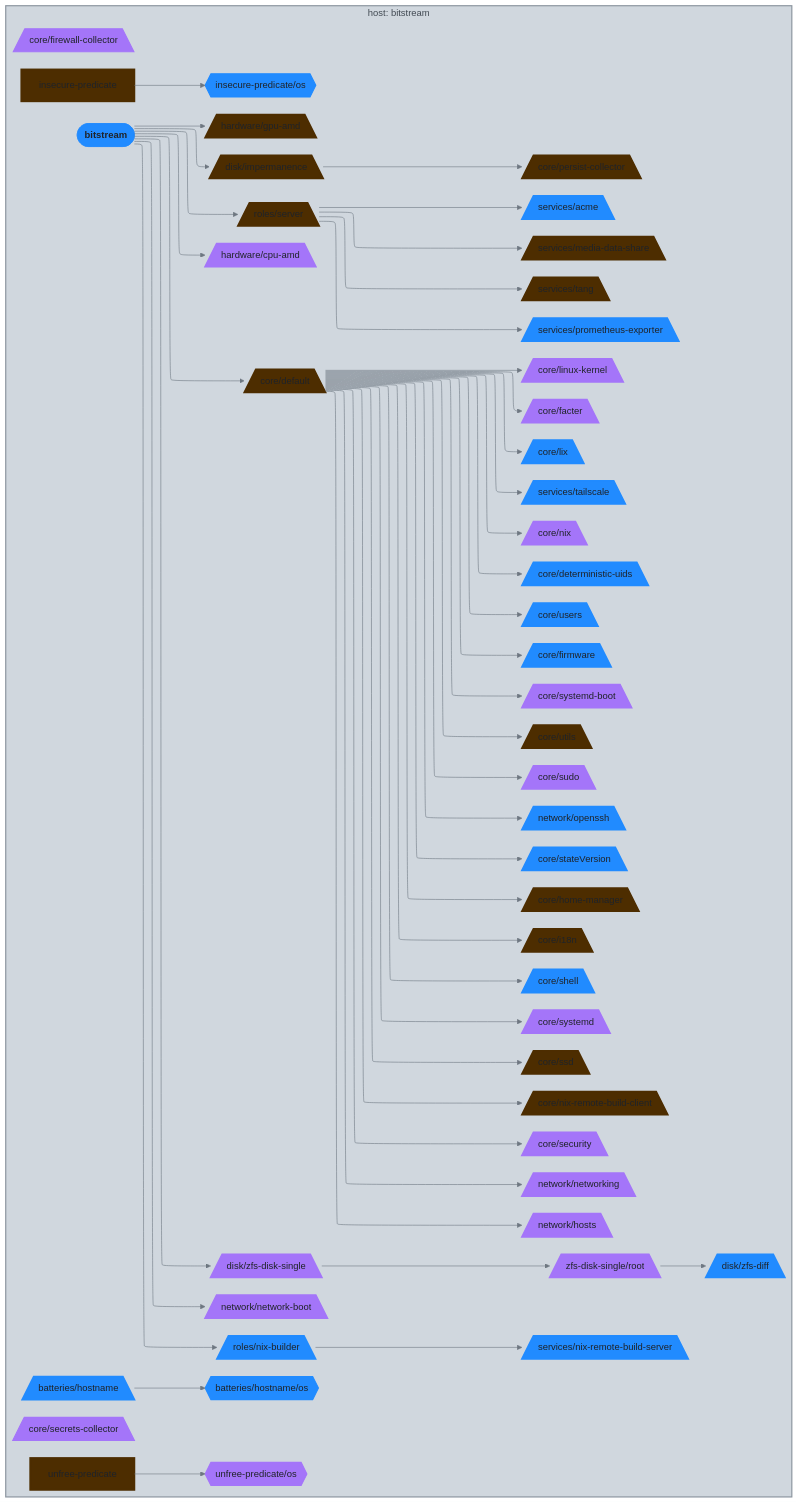
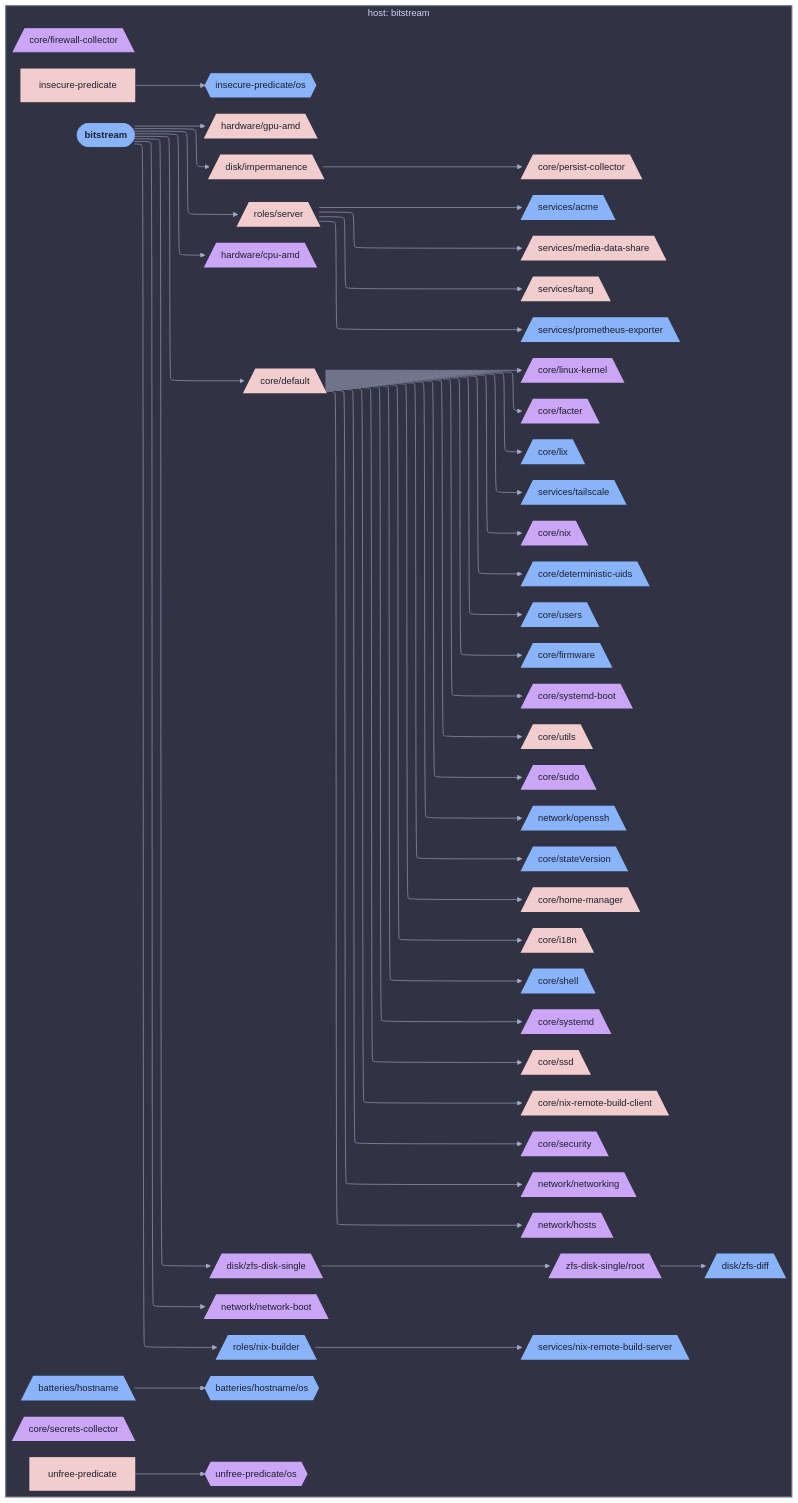
The diagram in diagrams/hosts/bitstream/class-nixos.md (sini/nix-config), drawn with Mermaid before and after one commit. The commit also changed 142 other files, not shown here.

First line of the commit message:
feat(diagrams): use projectScope for per-host/user views

````diff
--- a/diagrams/hosts/bitstream/class-nixos.md
+++ b/diagrams/hosts/bitstream/class-nixos.md
@@ -5,5 +5,5 @@
 ```mermaid
-%%{init: {"elk":{"mergeEdges":true,"nodePlacementStrategy":"BRANDES_KOEPF"},"flowchart":{"wrappingWidth":600},"layout":"elk","theme":"base","themeVariables":{"activationBkgColor":"#d0d7de","activationBorderColor":"#8c959f","actorBkg":"#d0d7de","actorBorder":"#6e7781","actorLineColor":"#6e7781","actorTextColor":"#424a53","background":"#eaeef2","classText":"#424a53","clusterBkg":"#d0d7de","clusterBorder":"#8c959f","edgeLabelBackground":"#eaeef2","labelBoxBkgColor":"#d0d7de","labelBoxBorderColor":"#6e7781","labelTextColor":"#424a53","lineColor":"#6e7781","loopTextColor":"#424a53","mainBkg":"#d0d7de","nodeBkg":"#d0d7de","nodeBorder":"#6e7781","nodeTextColor":"#424a53","noteBkgColor":"#d0d7de","noteBorderColor":"#8c959f","noteTextColor":"#424a53","pie1":"#fa4549","pie2":"#e16f24","pie3":"#bf8700","pie4":"#2da44e","pie5":"#339D9B","pie6":"#218bff","pie7":"#a475f9","pie8":"#4d2d00","pieLegendTextColor":"#424a53","pieOuterStrokeColor":"#8c959f","pieSectionTextColor":"#424a53","pieStrokeColor":"#8c959f","pieTitleTextColor":"#424a53","primaryBorderColor":"#6e7781","primaryColor":"#d0d7de","primaryTextColor":"#424a53","secondBkg":"#d0d7de","secondaryBorderColor":"#8c959f","secondaryColor":"#d0d7de","secondaryTextColor":"#424a53","sequenceNumberColor":"#eaeef2","signalColor":"#6e7781","signalTextColor":"#424a53","tertiaryBorderColor":"#8c959f","tertiaryColor":"#d0d7de","tertiaryTextColor":"#424a53","textColor":"#424a53","titleColor":"#424a53"}}}%%
+%%{init: {"elk":{"mergeEdges":true,"nodePlacementStrategy":"BRANDES_KOEPF"},"flowchart":{"wrappingWidth":600},"layout":"elk","theme":"base","themeVariables":{"activationBkgColor":"#313244","activationBorderColor":"#6c7086","actorBkg":"#313244","actorBorder":"#a6adc8","actorLineColor":"#a6adc8","actorTextColor":"#cdd6f4","background":"#1e1e2e","classText":"#cdd6f4","clusterBkg":"#313244","clusterBorder":"#6c7086","edgeLabelBackground":"#1e1e2e","labelBoxBkgColor":"#313244","labelBoxBorderColor":"#a6adc8","labelTextColor":"#cdd6f4","lineColor":"#a6adc8","loopTextColor":"#cdd6f4","mainBkg":"#313244","nodeBkg":"#313244","nodeBorder":"#a6adc8","nodeTextColor":"#cdd6f4","noteBkgColor":"#313244","noteBorderColor":"#6c7086","noteTextColor":"#cdd6f4","pie1":"#f38ba8","pie2":"#fab387","pie3":"#f9e2af","pie4":"#a6e3a1","pie5":"#94e2d5","pie6":"#89b4fa","pie7":"#cba6f7","pie8":"#f2cdcd","pieLegendTextColor":"#cdd6f4","pieOuterStrokeColor":"#6c7086","pieSectionTextColor":"#cdd6f4","pieStrokeColor":"#6c7086","pieTitleTextColor":"#cdd6f4","primaryBorderColor":"#a6adc8","primaryColor":"#313244","primaryTextColor":"#cdd6f4","secondBkg":"#313244","secondaryBorderColor":"#6c7086","secondaryColor":"#313244","secondaryTextColor":"#cdd6f4","sequenceNumberColor":"#1e1e2e","signalColor":"#a6adc8","signalTextColor":"#cdd6f4","tertiaryBorderColor":"#6c7086","tertiaryColor":"#313244","tertiaryTextColor":"#cdd6f4","textColor":"#cdd6f4","titleColor":"#cdd6f4"}}}%%
 graph LR
   bitstream([bitstream]):::root
 
@@ -98,59 +98,59 @@
   end
 
 
-  classDef root fill:#218bff,stroke:#218bff,color:#1f2328,font-weight:bold
-  classDef services__acme_c fill:#218bff,stroke:#218bff,color:#1f2328,stroke-width:3px
-  classDef bitstream_c fill:#a475f9,stroke:#a475f9,color:#1f2328,stroke-width:3px
-  classDef core_c fill:#bf8700,stroke:#bf8700,color:#1f2328,stroke-dasharray: 3 3,stroke-width:1px
-  classDef hardware__cpu_amd_c fill:#a475f9,stroke:#a475f9,color:#1f2328,stroke-width:3px
-  classDef core__default_c fill:#4d2d00,stroke:#4d2d00,color:#1f2328,stroke-width:3px
-  classDef core__deterministic_uids_c fill:#218bff,stroke:#218bff,color:#1f2328,stroke-width:3px
-  classDef disk_c fill:#2da44e,stroke:#2da44e,color:#1f2328,stroke-dasharray: 3 3,stroke-width:1px
-  classDef core__facter_c fill:#a475f9,stroke:#a475f9,color:#1f2328,stroke-width:3px
-  classDef core__firewall_collector_c fill:#a475f9,stroke:#a475f9,color:#1f2328,stroke-width:2px
-  classDef core__firmware_c fill:#218bff,stroke:#218bff,color:#1f2328,stroke-width:3px
-  classDef hardware__gpu_amd_c fill:#4d2d00,stroke:#4d2d00,color:#1f2328,stroke-width:3px
-  classDef hardware_c fill:#2da44e,stroke:#2da44e,color:#1f2328,stroke-dasharray: 3 3,stroke-width:1px
-  classDef core__home_manager_c fill:#4d2d00,stroke:#4d2d00,color:#1f2328,stroke-width:3px
-  classDef den__batteries__hostname_c fill:#218bff,stroke:#218bff,color:#1f2328,stroke-width:3px
-  classDef den__batteries__hostname__os_c fill:#218bff,stroke:#218bff,color:#1f2328,stroke-width:2px
-  classDef network__hosts_c fill:#a475f9,stroke:#a475f9,color:#1f2328,stroke-width:3px
-  classDef core__i18n_c fill:#4d2d00,stroke:#4d2d00,color:#1f2328,stroke-width:3px
-  classDef disk__impermanence_c fill:#4d2d00,stroke:#4d2d00,color:#1f2328,stroke-width:3px
-  classDef insecure_predicate_c fill:#4d2d00,stroke:#4d2d00,color:#1f2328,stroke-width:3px
-  classDef insecure_predicate__os_c fill:#218bff,stroke:#218bff,color:#1f2328,stroke-width:2px
-  classDef core__linux_kernel_c fill:#a475f9,stroke:#a475f9,color:#1f2328,stroke-width:3px
-  classDef core__lix_c fill:#218bff,stroke:#218bff,color:#1f2328,stroke-width:3px
-  classDef services__media_data_share_c fill:#4d2d00,stroke:#4d2d00,color:#1f2328,stroke-width:3px
-  classDef network_c fill:#e16f24,stroke:#e16f24,color:#1f2328,stroke-dasharray: 3 3,stroke-width:1px
-  classDef network__network_boot_c fill:#a475f9,stroke:#a475f9,color:#1f2328,stroke-width:3px
-  classDef network__networking_c fill:#a475f9,stroke:#a475f9,color:#1f2328,stroke-width:3px
-  classDef core__nix_c fill:#a475f9,stroke:#a475f9,color:#1f2328,stroke-width:3px
-  classDef roles__nix_builder_c fill:#218bff,stroke:#218bff,color:#1f2328,stroke-width:3px
-  classDef core__nix_remote_build_client_c fill:#4d2d00,stroke:#4d2d00,color:#1f2328,stroke-width:3px
-  classDef services__nix_remote_build_server_c fill:#218bff,stroke:#218bff,color:#1f2328,stroke-width:3px
-  classDef network__openssh_c fill:#218bff,stroke:#218bff,color:#1f2328,stroke-width:3px
-  classDef core__persist_collector_c fill:#4d2d00,stroke:#4d2d00,color:#1f2328,stroke-width:3px
-  classDef services__prometheus_exporter_c fill:#218bff,stroke:#218bff,color:#1f2328,stroke-width:3px
-  classDef roles_c fill:#2da44e,stroke:#2da44e,color:#1f2328,stroke-dasharray: 3 3,stroke-width:1px
-  classDef disk__zfs_disk_single__root_c fill:#a475f9,stroke:#a475f9,color:#1f2328,stroke-width:3px
-  classDef core__secrets_collector_c fill:#a475f9,stroke:#a475f9,color:#1f2328,stroke-width:2px
-  classDef core__security_c fill:#a475f9,stroke:#a475f9,color:#1f2328,stroke-width:3px
-  classDef roles__server_c fill:#4d2d00,stroke:#4d2d00,color:#1f2328,stroke-width:3px
-  classDef services_c fill:#2da44e,stroke:#2da44e,color:#1f2328,stroke-dasharray: 3 3,stroke-width:1px
-  classDef core__shell_c fill:#218bff,stroke:#218bff,color:#1f2328,stroke-width:3px
-  classDef core__ssd_c fill:#4d2d00,stroke:#4d2d00,color:#1f2328,stroke-width:3px
-  classDef core__stateVersion_c fill:#218bff,stroke:#218bff,color:#1f2328,stroke-width:3px
-  classDef core__sudo_c fill:#a475f9,stroke:#a475f9,color:#1f2328,stroke-width:3px
-  classDef core__systemd_c fill:#a475f9,stroke:#a475f9,color:#1f2328,stroke-width:3px
-  classDef core__systemd_boot_c fill:#a475f9,stroke:#a475f9,color:#1f2328,stroke-width:3px
-  classDef services__tailscale_c fill:#218bff,stroke:#218bff,color:#1f2328,stroke-width:3px
-  classDef services__tang_c fill:#4d2d00,stroke:#4d2d00,color:#1f2328,stroke-width:3px
-  classDef unfree_predicate_c fill:#4d2d00,stroke:#4d2d00,color:#1f2328,stroke-width:3px
-  classDef unfree_predicate__os_c fill:#a475f9,stroke:#a475f9,color:#1f2328,stroke-width:2px
-  classDef core__users_c fill:#218bff,stroke:#218bff,color:#1f2328,stroke-width:3px
-  classDef core__utils_c fill:#4d2d00,stroke:#4d2d00,color:#1f2328,stroke-width:3px
-  classDef disk__zfs_diff_c fill:#218bff,stroke:#218bff,color:#1f2328,stroke-width:3px
-  classDef disk__zfs_disk_single_c fill:#a475f9,stroke:#a475f9,color:#1f2328,stroke-width:3px
-style ctx_host_bitstream fill:#d0d7de,stroke:#8c959f,stroke-width:2px
+  classDef root fill:#89b4fa,stroke:#89b4fa,color:#1e1e2e,font-weight:bold
+  classDef services__acme_c fill:#89b4fa,stroke:#89b4fa,color:#1e1e2e,stroke-width:3px
+  classDef bitstream_c fill:#cba6f7,stroke:#cba6f7,color:#1e1e2e,stroke-width:3px
+  classDef core_c fill:#f9e2af,stroke:#f9e2af,color:#1e1e2e,stroke-dasharray: 3 3,stroke-width:1px
+  classDef hardware__cpu_amd_c fill:#cba6f7,stroke:#cba6f7,color:#1e1e2e,stroke-width:3px
+  classDef core__default_c fill:#f2cdcd,stroke:#f2cdcd,color:#1e1e2e,stroke-width:3px
+  classDef core__deterministic_uids_c fill:#89b4fa,stroke:#89b4fa,color:#1e1e2e,stroke-width:3px
+  classDef disk_c fill:#a6e3a1,stroke:#a6e3a1,color:#1e1e2e,stroke-dasharray: 3 3,stroke-width:1px
+  classDef core__facter_c fill:#cba6f7,stroke:#cba6f7,color:#1e1e2e,stroke-width:3px
+  classDef core__firewall_collector_c fill:#cba6f7,stroke:#cba6f7,color:#1e1e2e,stroke-width:2px
+  classDef core__firmware_c fill:#89b4fa,stroke:#89b4fa,color:#1e1e2e,stroke-width:3px
+  classDef hardware__gpu_amd_c fill:#f2cdcd,stroke:#f2cdcd,color:#1e1e2e,stroke-width:3px
+  classDef hardware_c fill:#a6e3a1,stroke:#a6e3a1,color:#1e1e2e,stroke-dasharray: 3 3,stroke-width:1px
+  classDef core__home_manager_c fill:#f2cdcd,stroke:#f2cdcd,color:#1e1e2e,stroke-width:3px
+  classDef den__batteries__hostname_c fill:#89b4fa,stroke:#89b4fa,color:#1e1e2e,stroke-width:3px
+  classDef den__batteries__hostname__os_c fill:#89b4fa,stroke:#89b4fa,color:#1e1e2e,stroke-width:2px
+  classDef network__hosts_c fill:#cba6f7,stroke:#cba6f7,color:#1e1e2e,stroke-width:3px
+  classDef core__i18n_c fill:#f2cdcd,stroke:#f2cdcd,color:#1e1e2e,stroke-width:3px
+  classDef disk__impermanence_c fill:#f2cdcd,stroke:#f2cdcd,color:#1e1e2e,stroke-width:3px
+  classDef insecure_predicate_c fill:#f2cdcd,stroke:#f2cdcd,color:#1e1e2e,stroke-width:3px
+  classDef insecure_predicate__os_c fill:#89b4fa,stroke:#89b4fa,color:#1e1e2e,stroke-width:2px
+  classDef core__linux_kernel_c fill:#cba6f7,stroke:#cba6f7,color:#1e1e2e,stroke-width:3px
+  classDef core__lix_c fill:#89b4fa,stroke:#89b4fa,color:#1e1e2e,stroke-width:3px
+  classDef services__media_data_share_c fill:#f2cdcd,stroke:#f2cdcd,color:#1e1e2e,stroke-width:3px
+  classDef network_c fill:#fab387,stroke:#fab387,color:#1e1e2e,stroke-dasharray: 3 3,stroke-width:1px
+  classDef network__network_boot_c fill:#cba6f7,stroke:#cba6f7,color:#1e1e2e,stroke-width:3px
+  classDef network__networking_c fill:#cba6f7,stroke:#cba6f7,color:#1e1e2e,stroke-width:3px
+  classDef core__nix_c fill:#cba6f7,stroke:#cba6f7,color:#1e1e2e,stroke-width:3px
+  classDef roles__nix_builder_c fill:#89b4fa,stroke:#89b4fa,color:#1e1e2e,stroke-width:3px
+  classDef core__nix_remote_build_client_c fill:#f2cdcd,stroke:#f2cdcd,color:#1e1e2e,stroke-width:3px
+  classDef services__nix_remote_build_server_c fill:#89b4fa,stroke:#89b4fa,color:#1e1e2e,stroke-width:3px
+  classDef network__openssh_c fill:#89b4fa,stroke:#89b4fa,color:#1e1e2e,stroke-width:3px
+  classDef core__persist_collector_c fill:#f2cdcd,stroke:#f2cdcd,color:#1e1e2e,stroke-width:3px
+  classDef services__prometheus_exporter_c fill:#89b4fa,stroke:#89b4fa,color:#1e1e2e,stroke-width:3px
+  classDef roles_c fill:#a6e3a1,stroke:#a6e3a1,color:#1e1e2e,stroke-dasharray: 3 3,stroke-width:1px
+  classDef disk__zfs_disk_single__root_c fill:#cba6f7,stroke:#cba6f7,color:#1e1e2e,stroke-width:3px
+  classDef core__secrets_collector_c fill:#cba6f7,stroke:#cba6f7,color:#1e1e2e,stroke-width:2px
+  classDef core__security_c fill:#cba6f7,stroke:#cba6f7,color:#1e1e2e,stroke-width:3px
+  classDef roles__server_c fill:#f2cdcd,stroke:#f2cdcd,color:#1e1e2e,stroke-width:3px
+  classDef services_c fill:#a6e3a1,stroke:#a6e3a1,color:#1e1e2e,stroke-dasharray: 3 3,stroke-width:1px
+  classDef core__shell_c fill:#89b4fa,stroke:#89b4fa,color:#1e1e2e,stroke-width:3px
+  classDef core__ssd_c fill:#f2cdcd,stroke:#f2cdcd,color:#1e1e2e,stroke-width:3px
+  classDef core__stateVersion_c fill:#89b4fa,stroke:#89b4fa,color:#1e1e2e,stroke-width:3px
+  classDef core__sudo_c fill:#cba6f7,stroke:#cba6f7,color:#1e1e2e,stroke-width:3px
+  classDef core__systemd_c fill:#cba6f7,stroke:#cba6f7,color:#1e1e2e,stroke-width:3px
+  classDef core__systemd_boot_c fill:#cba6f7,stroke:#cba6f7,color:#1e1e2e,stroke-width:3px
+  classDef services__tailscale_c fill:#89b4fa,stroke:#89b4fa,color:#1e1e2e,stroke-width:3px
+  classDef services__tang_c fill:#f2cdcd,stroke:#f2cdcd,color:#1e1e2e,stroke-width:3px
+  classDef unfree_predicate_c fill:#f2cdcd,stroke:#f2cdcd,color:#1e1e2e,stroke-width:3px
+  classDef unfree_predicate__os_c fill:#cba6f7,stroke:#cba6f7,color:#1e1e2e,stroke-width:2px
+  classDef core__users_c fill:#89b4fa,stroke:#89b4fa,color:#1e1e2e,stroke-width:3px
+  classDef core__utils_c fill:#f2cdcd,stroke:#f2cdcd,color:#1e1e2e,stroke-width:3px
+  classDef disk__zfs_diff_c fill:#89b4fa,stroke:#89b4fa,color:#1e1e2e,stroke-width:3px
+  classDef disk__zfs_disk_single_c fill:#cba6f7,stroke:#cba6f7,color:#1e1e2e,stroke-width:3px
+style ctx_host_bitstream fill:#313244,stroke:#6c7086,stroke-width:2px
 ```
````
